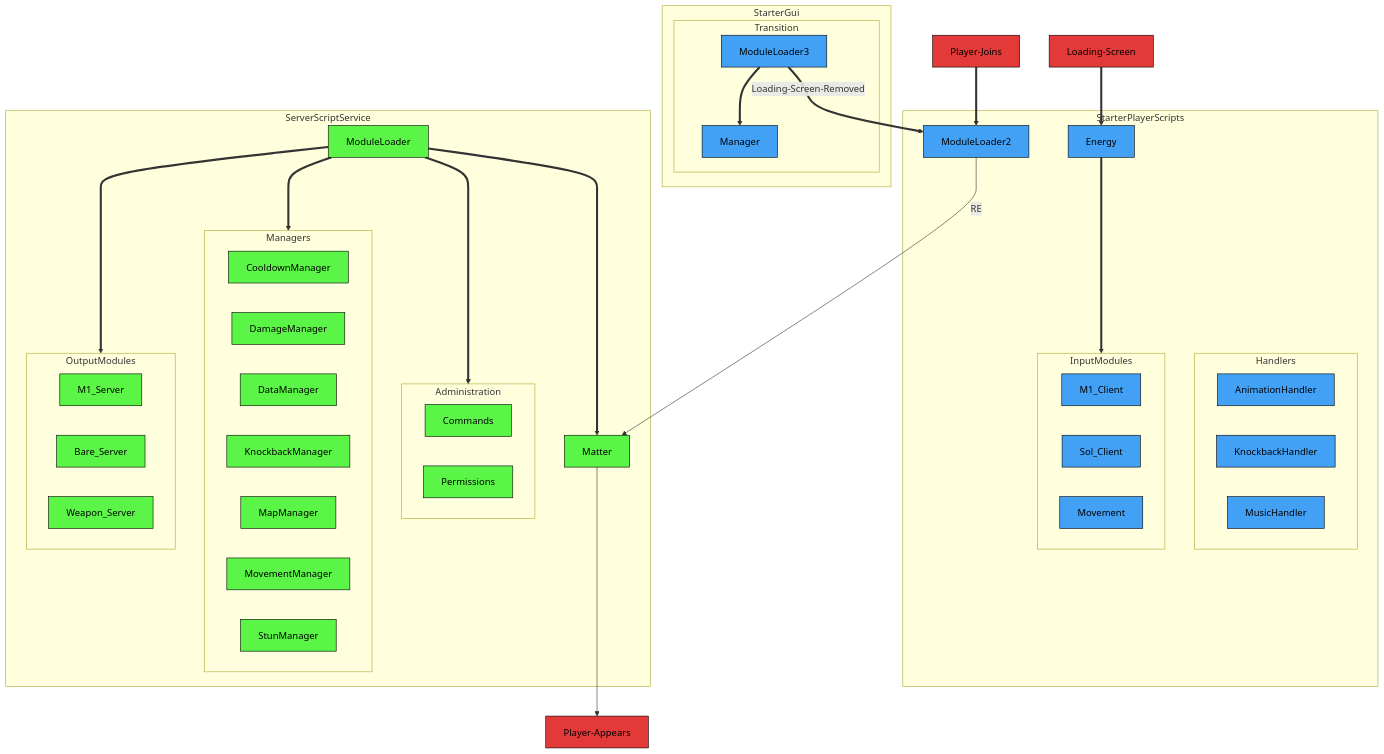
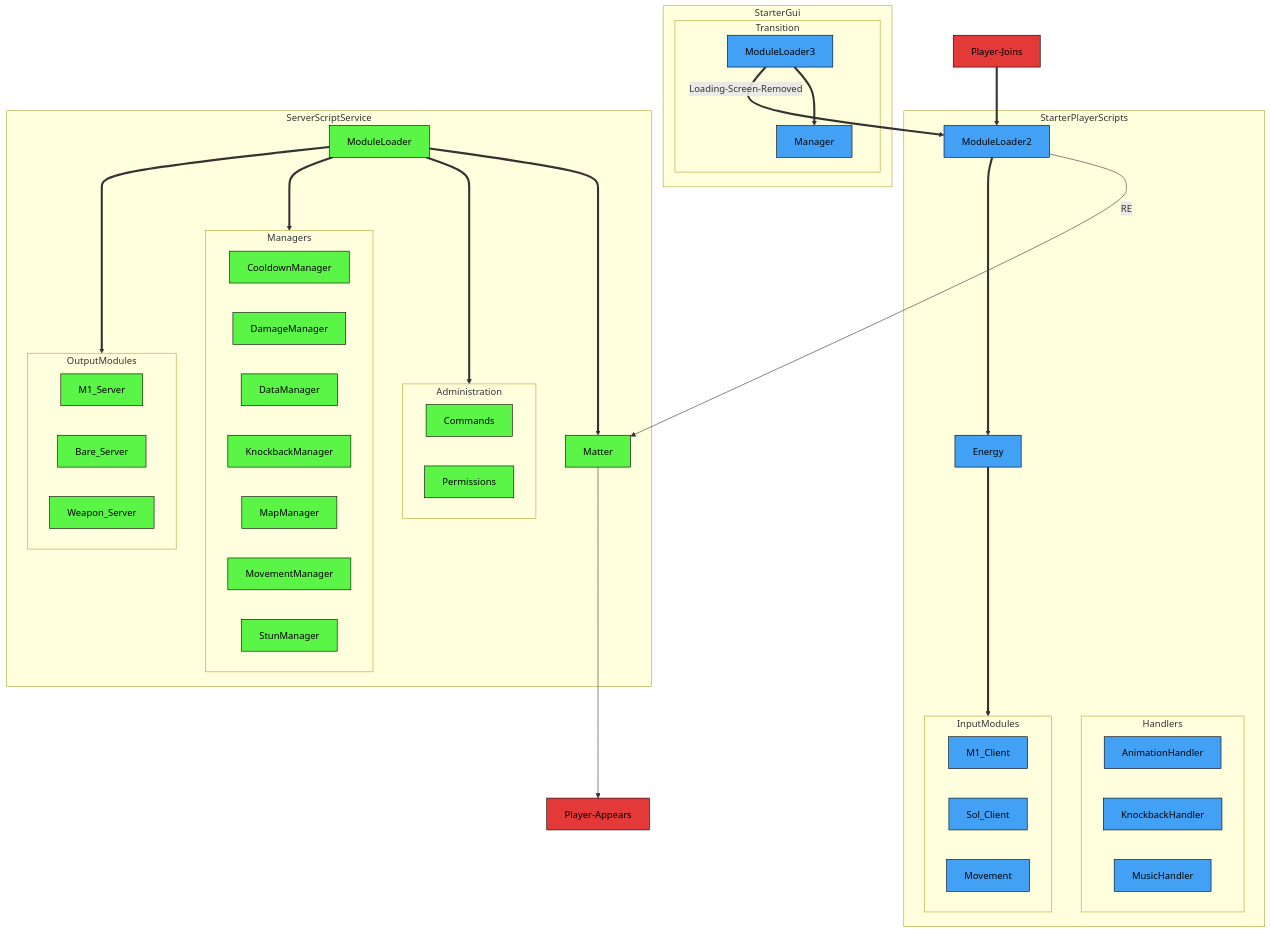
Before and after one commit to altair5607249/Crusaders-Game: the first of 3 diagrams in README.md, drawn with Mermaid.

````diff
--- a/README.md
+++ b/README.md
@@ -52,74 +52,74 @@
 ```mermaid
 flowchart TB;
 
   classDef eventNode fill:#e33939,stroke:#000000,color:#000000
   classDef serverNode fill:#5bf547,stroke:#000000,color:#000000
   classDef clientNode fill:#42a1f5,stroke:#000000,color:#000000
   classDef universalNode fill:#b549eb,stroke:#000000,color:#000000
 
   subgraph StarterPlayerScripts
     ModuleLoader2;
     Energy;
 
     subgraph Handlers
       AnimationHandler;
       KnockbackHandler;
       MusicHandler;
     end
 
     subgraph InputModules
       M1_Client;
       Sol_Client;
       Movement;
     end
   end
 
   subgraph StarterGui
     subgraph Transition
       ModuleLoader3==>A["Manager"]
     end
   end
 
   subgraph ServerScriptService
     ModuleLoader;
     Matter;
 
     subgraph Administration
       Commands;
       Permissions;
     end
 
     subgraph Managers
       CooldownManager;
       DamageManager;
       DataManager;
       KnockbackManager;
       MapManager;
       MovementManager;
       StunManager;
     end
 
     subgraph OutputModules
       M1_Server;
       Bare_Server;
       Weapon_Server;
     end
   end
 
   Player-Joins==>ModuleLoader2
 
   ModuleLoader3==>|Loading-Screen-Removed| ModuleLoader2
 
   ModuleLoader2-->|RE| Matter-->Player-Appears;
-  Loading-Screen==>Energy==>InputModules;
+  ModuleLoader2==>Energy==>InputModules;
 
   ModuleLoader==>Matter;
   ModuleLoader==>Administration;
   ModuleLoader==>Managers;
   ModuleLoader==>OutputModules;
 
   class Player-Joins,Player-Appears,Loading-Screen eventNode;
   class ModuleLoader,Matter,Commands,Permissions,CooldownManager,DamageManager,DataManager,KnockbackManager,MapManager,MovementManager,StunManager,M1_Server,Bare_Server,Weapon_Server serverNode;
   class ModuleLoader2,Energy,AnimationHandler,KnockbackHandler,MusicHandler,M1_Client,Sol_Client,Movement,ModuleLoader3,ModuleLoader4,A,B,C clientNode;
   class Space,Time universalNode;
 ```
````
